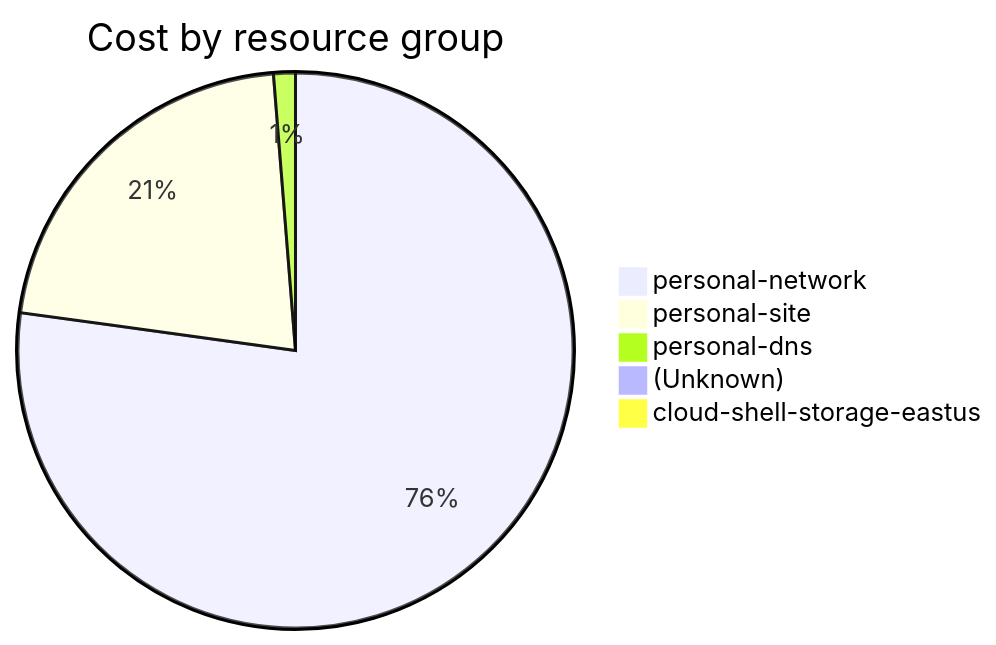
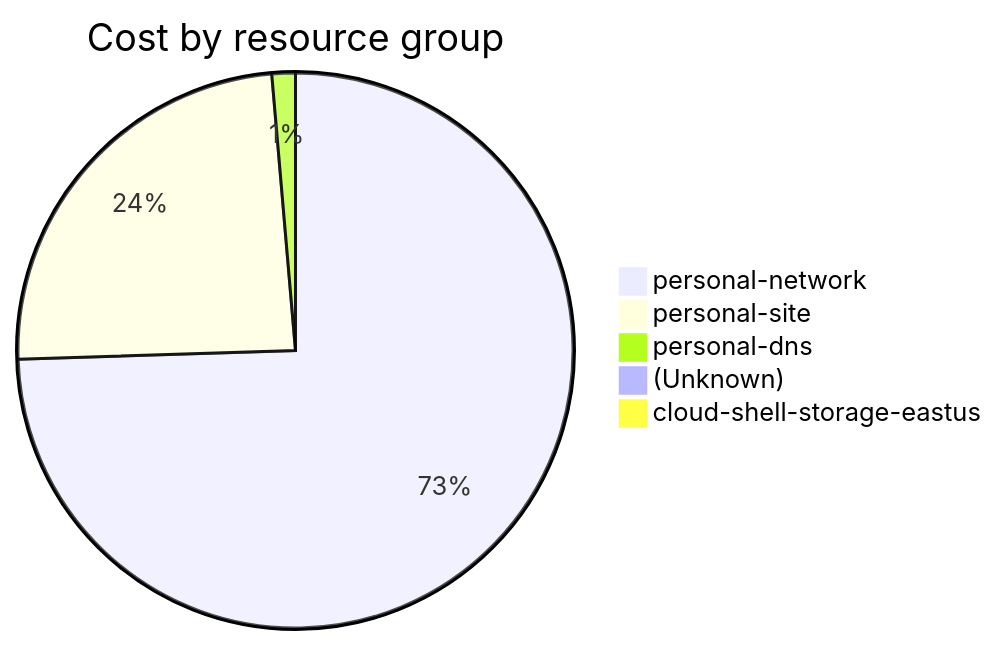
One commit to jpfulton/azure-personal-reports changed the fourth of 4 diagrams in cost-reports/accumulated-cost.md. Above: the diagram before and after it, drawn with Mermaid. The commit also changed other lines of this file and 4 other files, not shown here.

````diff
--- a/cost-reports/accumulated-cost.md
+++ b/cost-reports/accumulated-cost.md
@@ -155,9 +155,9 @@
 ```mermaid
 pie
    title Cost by resource group
-   "personal-network" : 4.87
-   "personal-site" : 1.36
-   "personal-dns" : 0.08
-   "(Unknown)" : 0.06
-   "cloud-shell-storage-eastus" : 0.02
+   "personal-network" : 7.10
+   "personal-site" : 2.30
+   "personal-dns" : 0.13
+   "(Unknown)" : 0.09
+   "cloud-shell-storage-eastus" : 0.04
 ```
````
